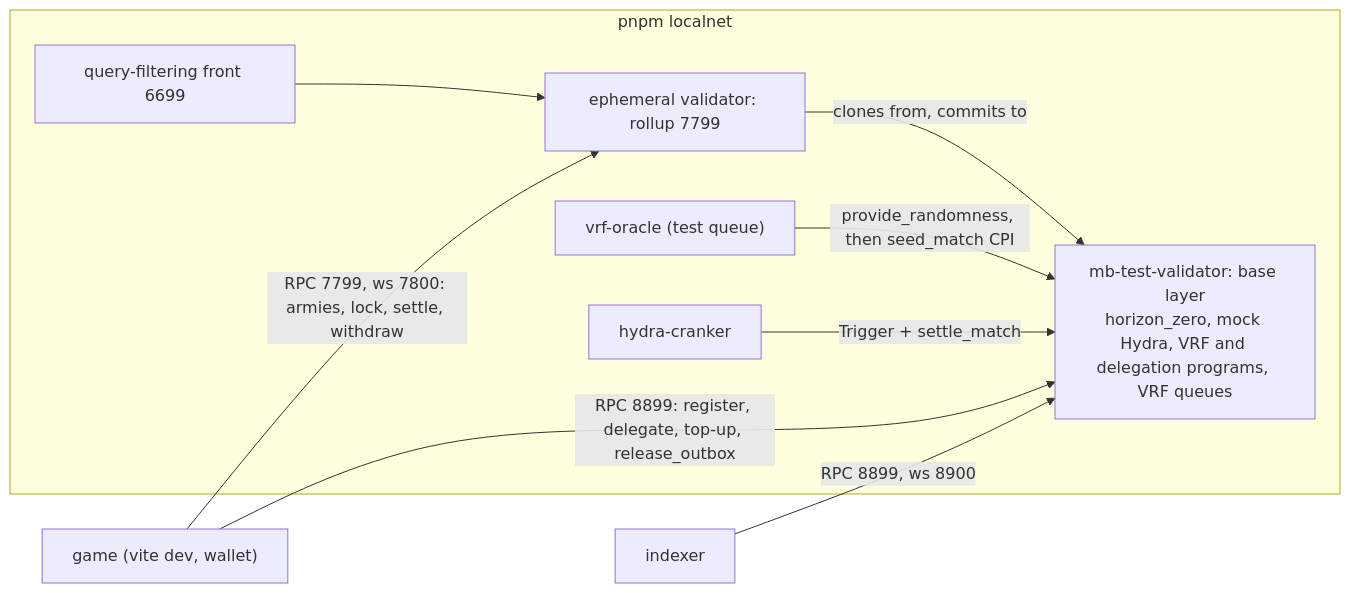
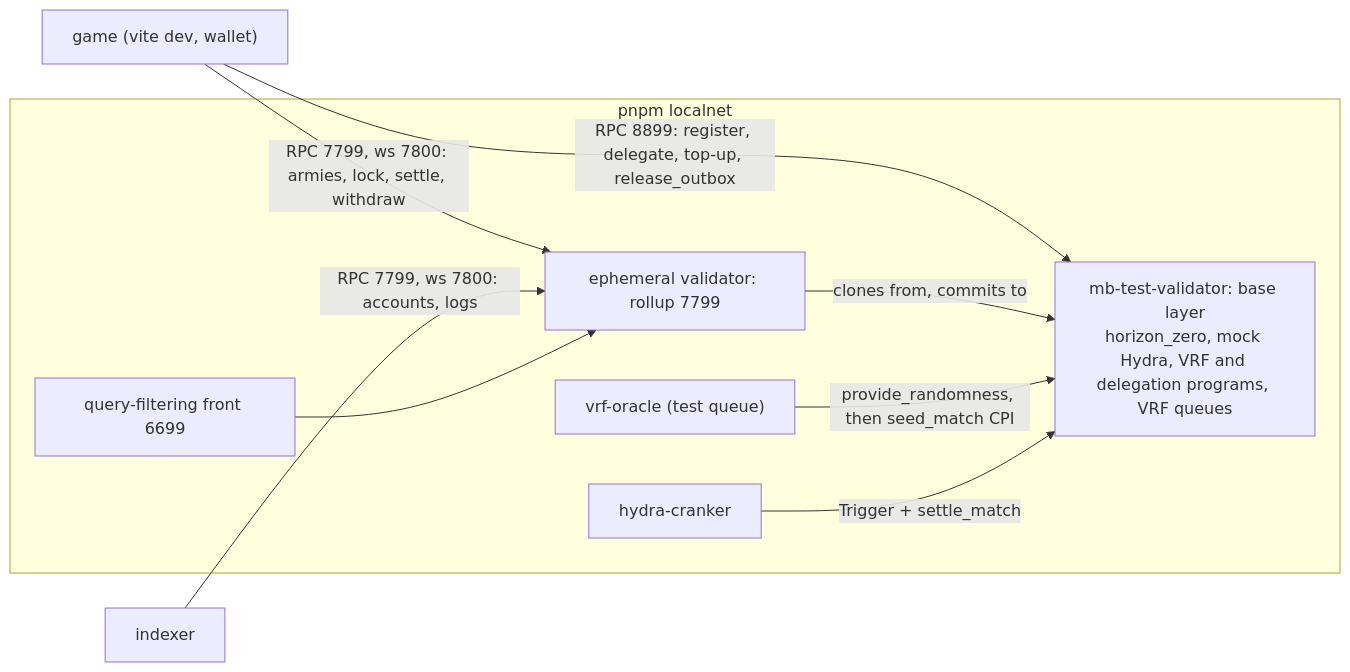
One commit to Dodecahedr0x/horizon-zero changed the diagram in docs/src/deployment.md. Above: the diagram before and after it, drawn with Mermaid. The commit also changed other lines of this file and 7 other files, not shown here.

Commit message:
feat: indexer reads the rollup and resolved-battle logs

````diff
--- a/docs/src/deployment.md
+++ b/docs/src/deployment.md
@@ -17,17 +17,17 @@
 ```mermaid
 flowchart LR
   App["game (vite dev, wallet)"] -->|"RPC 8899: register, delegate, top-up, release_outbox"| Base
   App -->|"RPC 7799, ws 7800: armies, lock, settle, withdraw"| ER
-  Indexer["indexer"] -->|"RPC 8899, ws 8900"| Base
+  Indexer["indexer"] -->|"RPC 7799, ws 7800: accounts, logs"| ER
   subgraph stack ["pnpm localnet"]
     Base["mb-test-validator: base layer<br/>horizon_zero, mock Hydra, VRF and delegation programs, VRF queues"]
     ER["ephemeral validator: rollup 7799"]
     QFS["query-filtering front 6699"]
     Oracle["vrf-oracle (test queue)"]
     Cranker["hydra-cranker"]
     QFS --> ER
     ER -->|"clones from, commits to"| Base
     Oracle -->|"provide_randomness, then seed_match CPI"| Base
     Cranker -->|"Trigger + settle_match"| Base
   end
 ```
````
